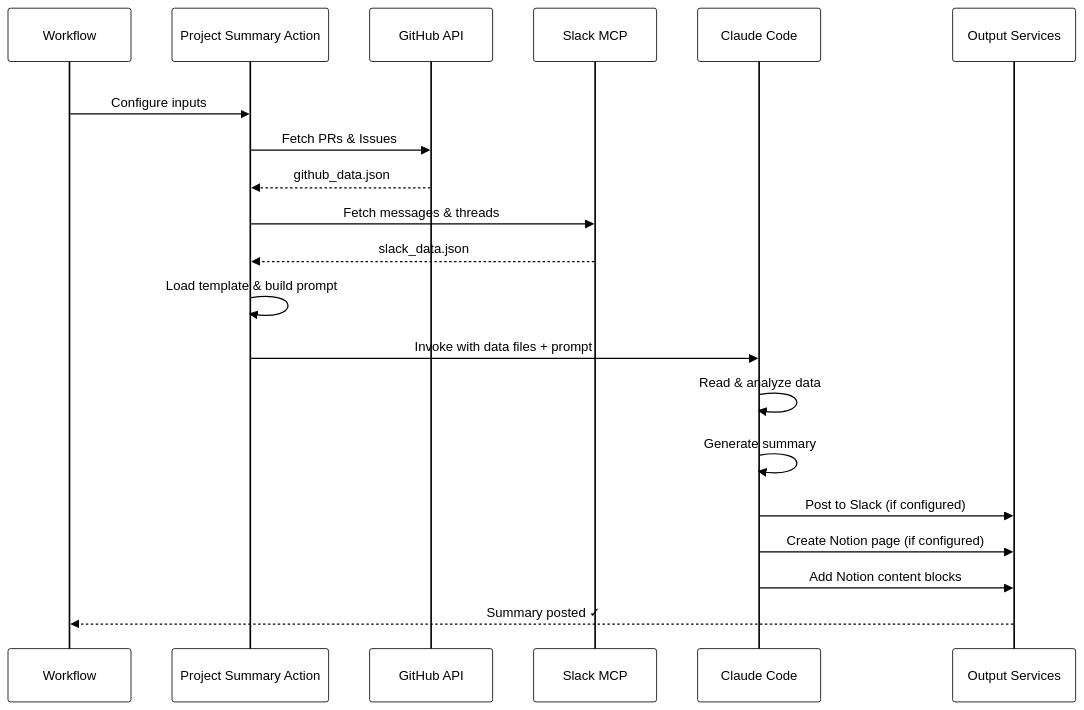
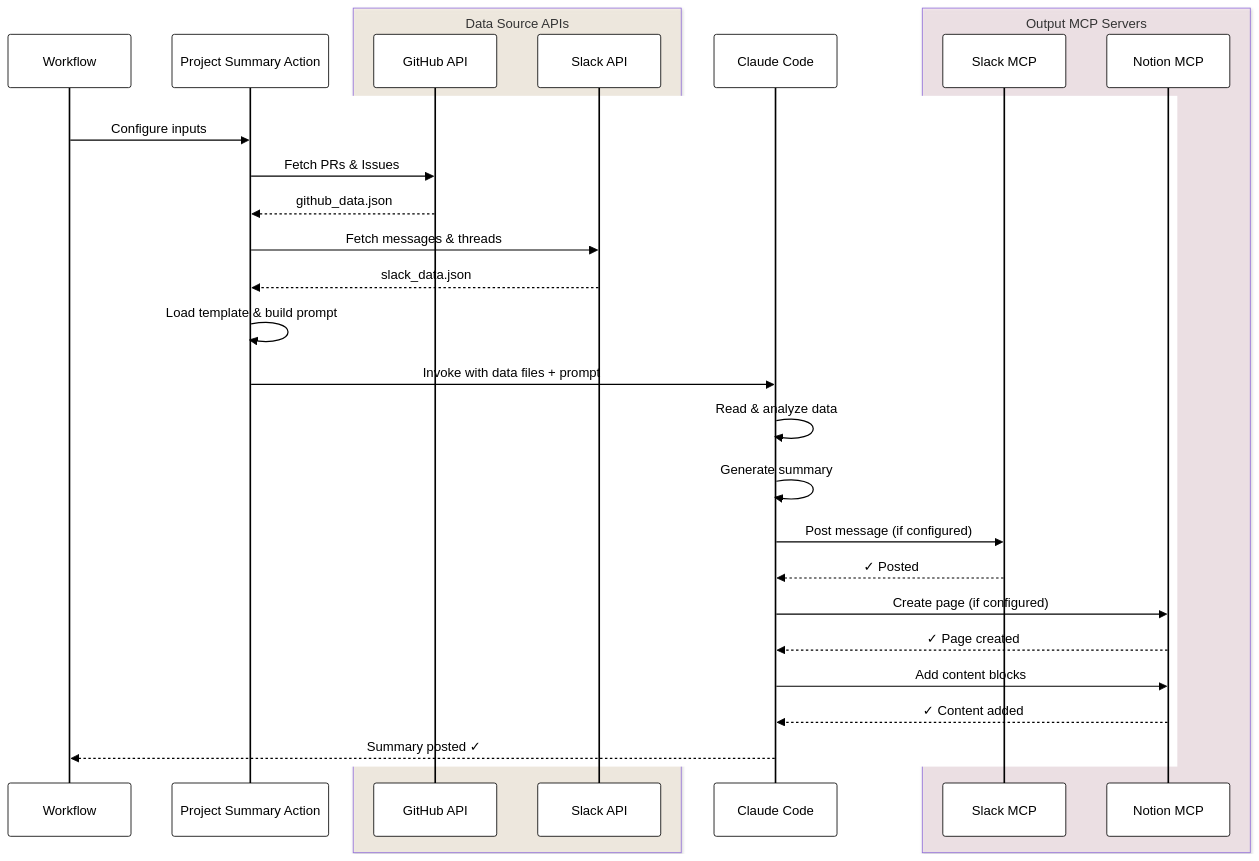
The second of 2 diagrams in project-summary/README.md (nakamasato/claude-code-actions), drawn with Mermaid before and after one commit.

Commit message:
fix: correct Data Flow diagram architecture
Key changes:
- Changed 'Slack MCP' to 'Slack API' for data collection phase
  (MCP is only used by Claude Code for output, not for data collection)
- Split 'Output Services' into separate 'Slack MCP' and 'Notion MCP' participants
- Added box grouping:
  - 'Data Source APIs' box for GitHub API and Slack API (input phase)
  - 'Output MCP Servers' box for Slack MCP and Notion MCP (output phase)
- Shows Notion's 2-step process: Create page + Add content blocks
- More accurately represents the actual data flow and service interactions

````diff
--- a/project-summary/README.md
+++ b/project-summary/README.md
@@ -117,30 +117,38 @@
 ```mermaid
 %%{init: {'theme':'default', 'themeVariables': { 'darkMode':'false', 'primaryColor':'#fff', 'primaryTextColor':'#000', 'primaryBorderColor':'#000', 'lineColor':'#000', 'secondaryColor':'#f0f0f0', 'tertiaryColor':'#fff', 'background':'#ffffff', 'mainBkg':'#ffffff', 'secondBkg':'#f0f0f0', 'noteBkgColor':'#fff3cd', 'noteTextColor':'#000', 'noteBorderColor':'#000', 'actorBkg':'#ffffff', 'actorBorder':'#000', 'actorTextColor':'#000', 'actorLineColor':'#000', 'signalColor':'#000', 'signalTextColor':'#000', 'labelBoxBkgColor':'#ffffff', 'labelTextColor':'#000', 'loopTextColor':'#000', 'activationBkgColor':'#f0f0f0', 'activationBorderColor':'#000', 'sequenceNumberColor':'#000'}}}%%
 sequenceDiagram
     participant User as Workflow
     participant Action as Project Summary Action
+    box rgba(255, 243, 224, 0.5) Data Source APIs
     participant GH as GitHub API
-    participant Slack as Slack MCP
+    participant SlackAPI as Slack API
+    end
     participant Claude as Claude Code
-    participant Out as Output Services
+    box rgba(252, 228, 236, 0.5) Output MCP Servers
+    participant SlackMCP as Slack MCP
+    participant NotionMCP as Notion MCP
+    end
 
     rect rgb(255, 255, 255)
     User->>Action: Configure inputs
     Action->>GH: Fetch PRs & Issues
     GH-->>Action: github_data.json
-    Action->>Slack: Fetch messages & threads
-    Slack-->>Action: slack_data.json
+    Action->>SlackAPI: Fetch messages & threads
+    SlackAPI-->>Action: slack_data.json
 
     Action->>Action: Load template & build prompt
 
     Action->>Claude: Invoke with data files + prompt
     Claude->>Claude: Read & analyze data
     Claude->>Claude: Generate summary
 
-    Claude->>Out: Post to Slack (if configured)
-    Claude->>Out: Create Notion page (if configured)
-    Claude->>Out: Add Notion content blocks
+    Claude->>SlackMCP: Post message (if configured)
+    SlackMCP-->>Claude: ✓ Posted
+    Claude->>NotionMCP: Create page (if configured)
+    NotionMCP-->>Claude: ✓ Page created
+    Claude->>NotionMCP: Add content blocks
+    NotionMCP-->>Claude: ✓ Content added
 
-    Out-->>User: Summary posted ✓
+    Claude-->>User: Summary posted ✓
     end
 ```
````
